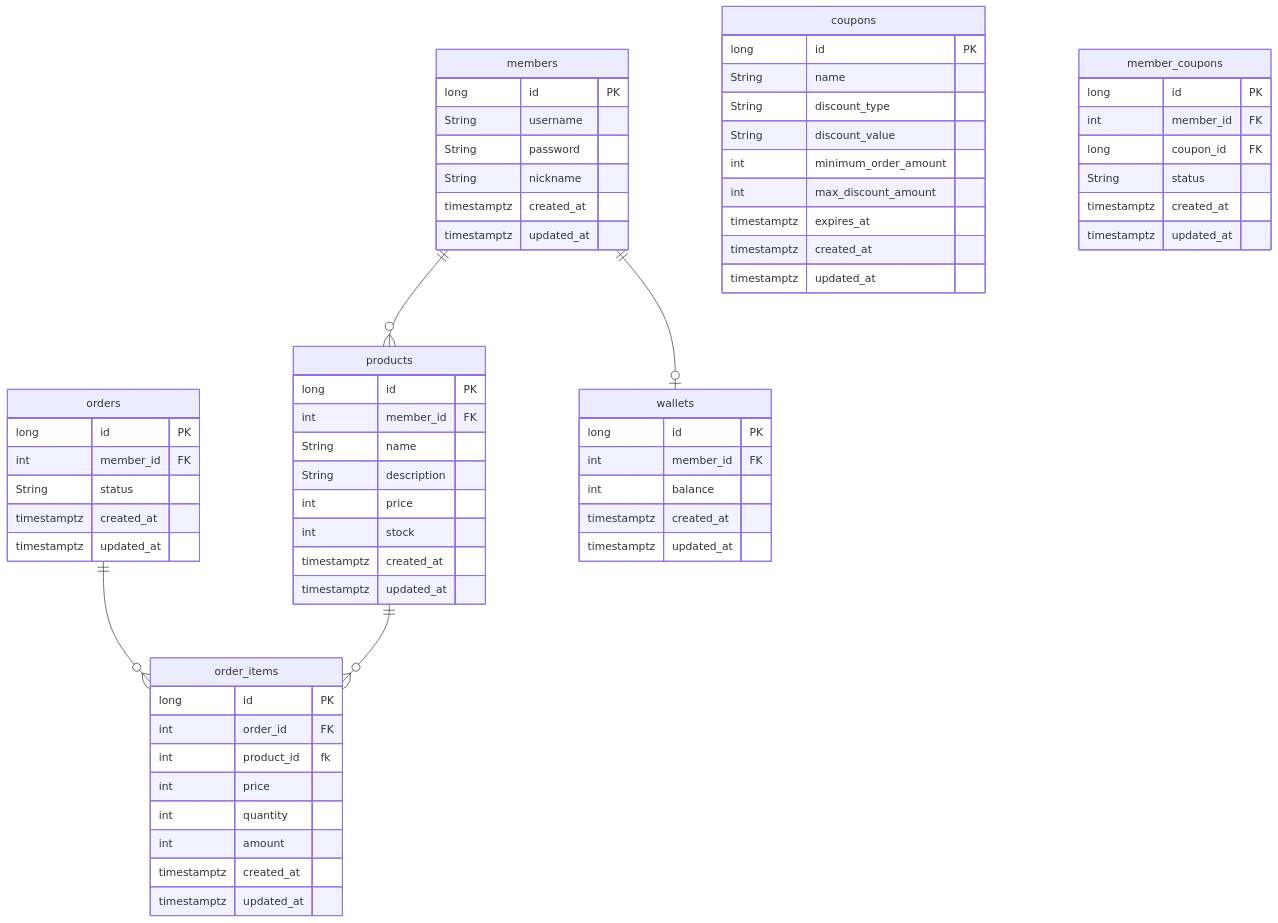
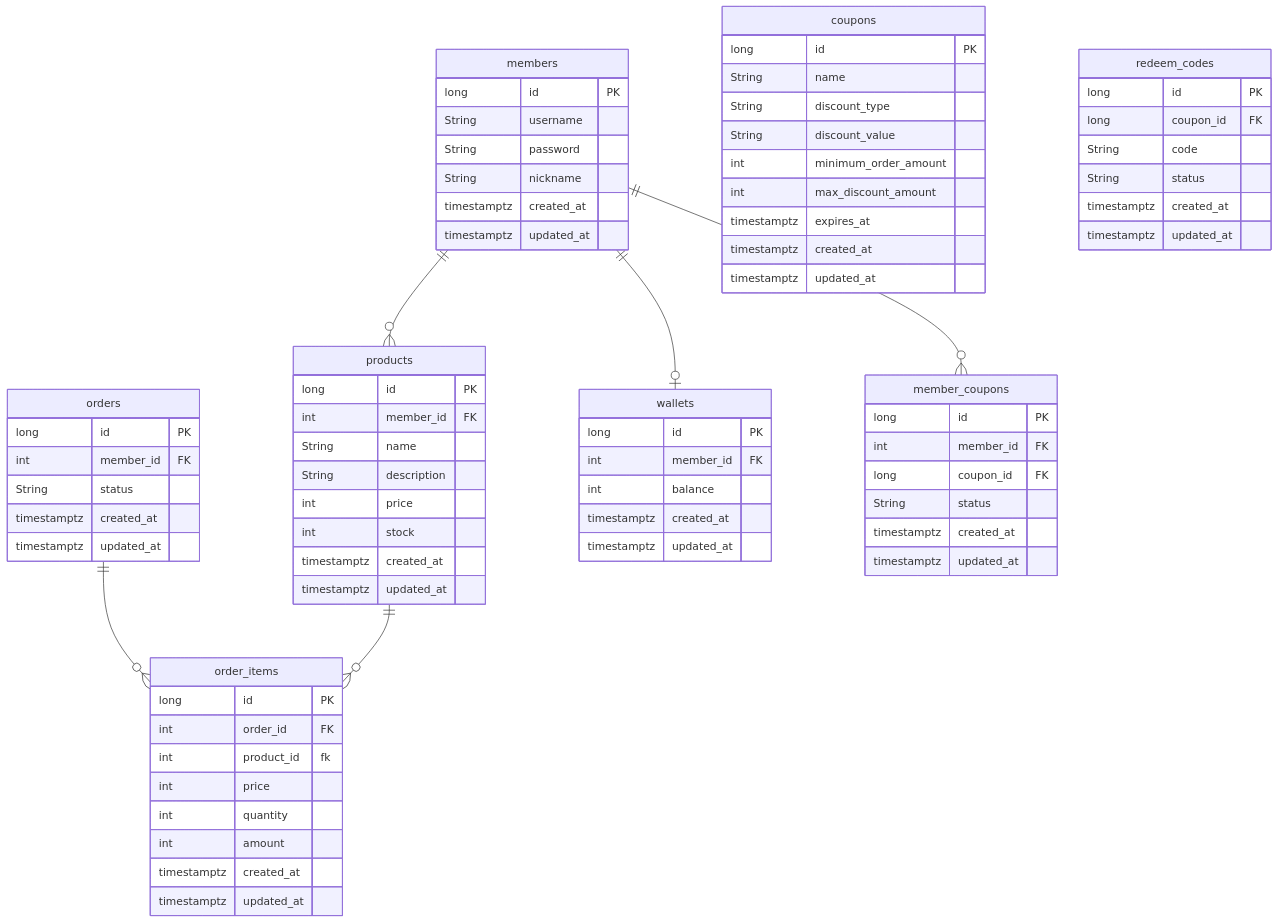
The diagram in document/docs/erd.md (dodudi/rudy-project), drawn with Mermaid before and after one commit.

````diff
--- a/document/docs/erd.md
+++ b/document/docs/erd.md
@@ -68,8 +68,19 @@
   timestamptz created_at
   timestamptz updated_at 
 }
+
+redeem_codes{
+  long id PK
+  long coupon_id FK
+  String code
+  String status
+  timestamptz created_at
+  timestamptz updated_at 
+}
+
 members ||--o{ products : ""
 orders ||--o{ order_items : ""
 products ||--o{ order_items : ""
 members ||--o| wallets : ""
+members ||--o{ member_coupons : ""
 ```
````
